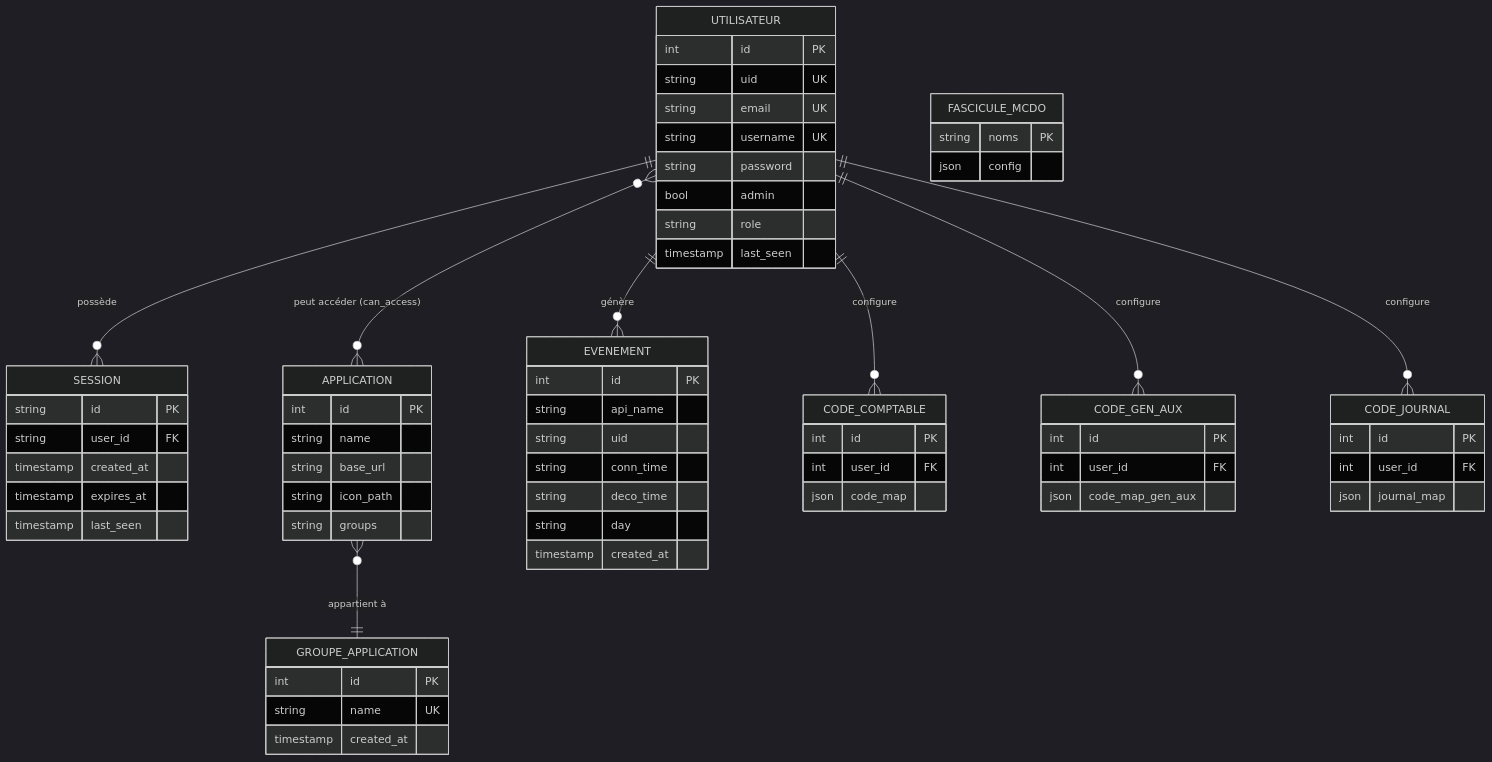
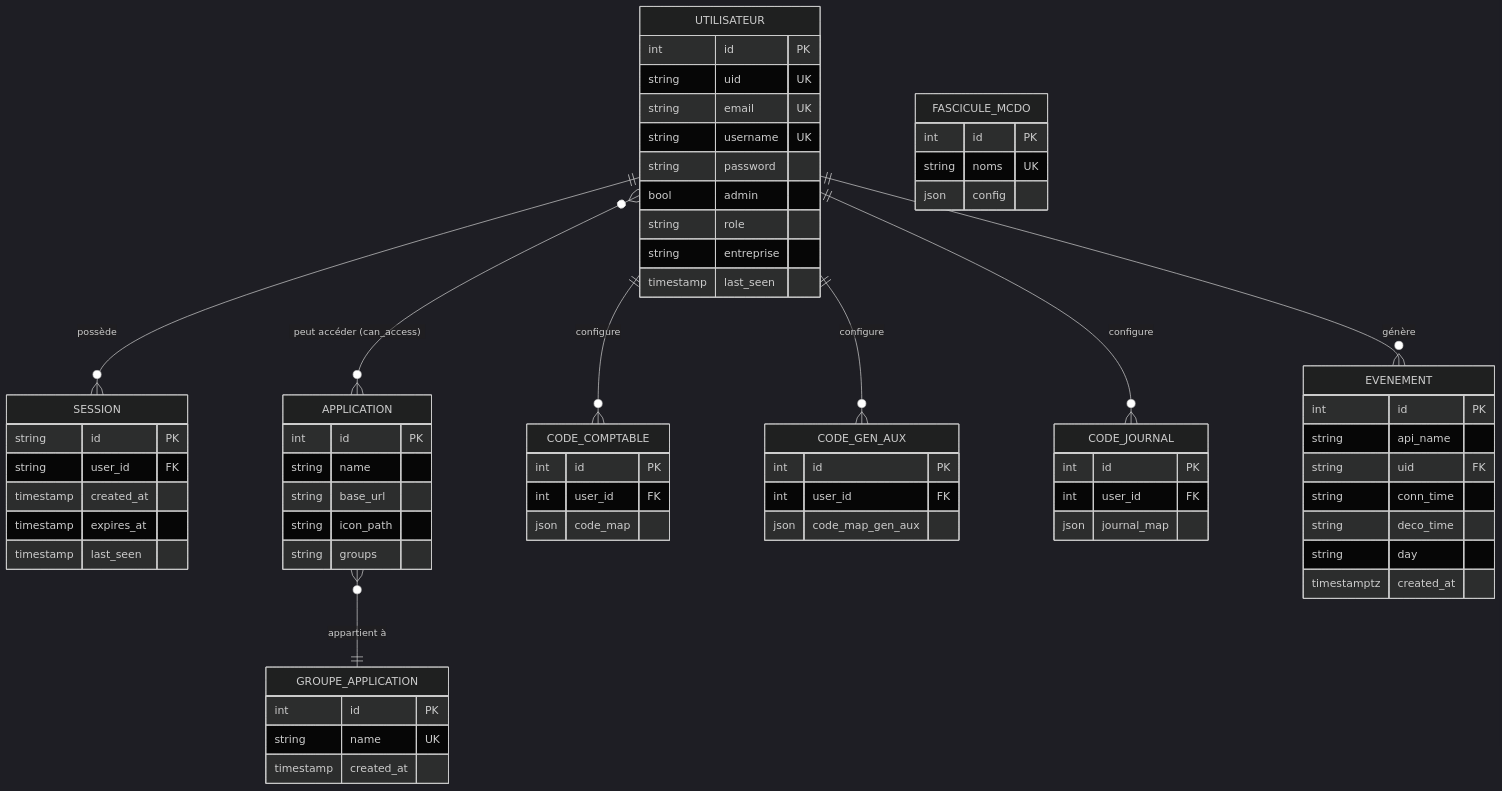
One commit to GwEnDoO27/Certif changed the diagram in doc/schemas/MCD_MLD_MPD.md. Above: the diagram before and after it, drawn with Mermaid (dark theme). The commit also changed other lines of this file and 8 other files, not shown here.

````diff
--- a/doc/schemas/MCD_MLD_MPD.md
+++ b/doc/schemas/MCD_MLD_MPD.md
@@ -47,68 +75,70 @@
 ```mermaid
 erDiagram
     UTILISATEUR ||--o{ SESSION : "possède"
     UTILISATEUR }o--o{ APPLICATION : "peut accéder (can_access)"
     APPLICATION }o--|| GROUPE_APPLICATION : "appartient à"
-    UTILISATEUR ||--o{ EVENEMENT : "génère"
     UTILISATEUR ||--o{ CODE_COMPTABLE : "configure"
     UTILISATEUR ||--o{ CODE_GEN_AUX : "configure"
     UTILISATEUR ||--o{ CODE_JOURNAL : "configure"
+    UTILISATEUR ||--o{ EVENEMENT : "génère"
 
     UTILISATEUR {
         int id PK
         string uid UK
         string email UK
         string username UK
         string password
         bool admin
         string role
+        string entreprise
         timestamp last_seen
     }
     SESSION {
         string id PK
         string user_id FK
         timestamp created_at
         timestamp expires_at
         timestamp last_seen
     }
     APPLICATION {
         int id PK
         string name
         string base_url
         string icon_path
         string groups
     }
     GROUPE_APPLICATION {
         int id PK
         string name UK
         timestamp created_at
     }
-    EVENEMENT {
-        int id PK
-        string api_name
-        string uid
-        string conn_time
-        string deco_time
-        string day
-        timestamp created_at
-    }
     CODE_COMPTABLE {
         int id PK
         int user_id FK
         json code_map
     }
     CODE_GEN_AUX {
         int id PK
         int user_id FK
         json code_map_gen_aux
     }
     CODE_JOURNAL {
         int id PK
         int user_id FK
         json journal_map
     }
+    EVENEMENT {
+        int id PK
+        string api_name
+        string uid FK
+        string conn_time
+        string deco_time
+        string day
+        timestamptz created_at
+    }
     FASCICULE_MCDO {
-        string noms PK
+        int id PK
+        string noms UK
         json config
     }
 ```
````
